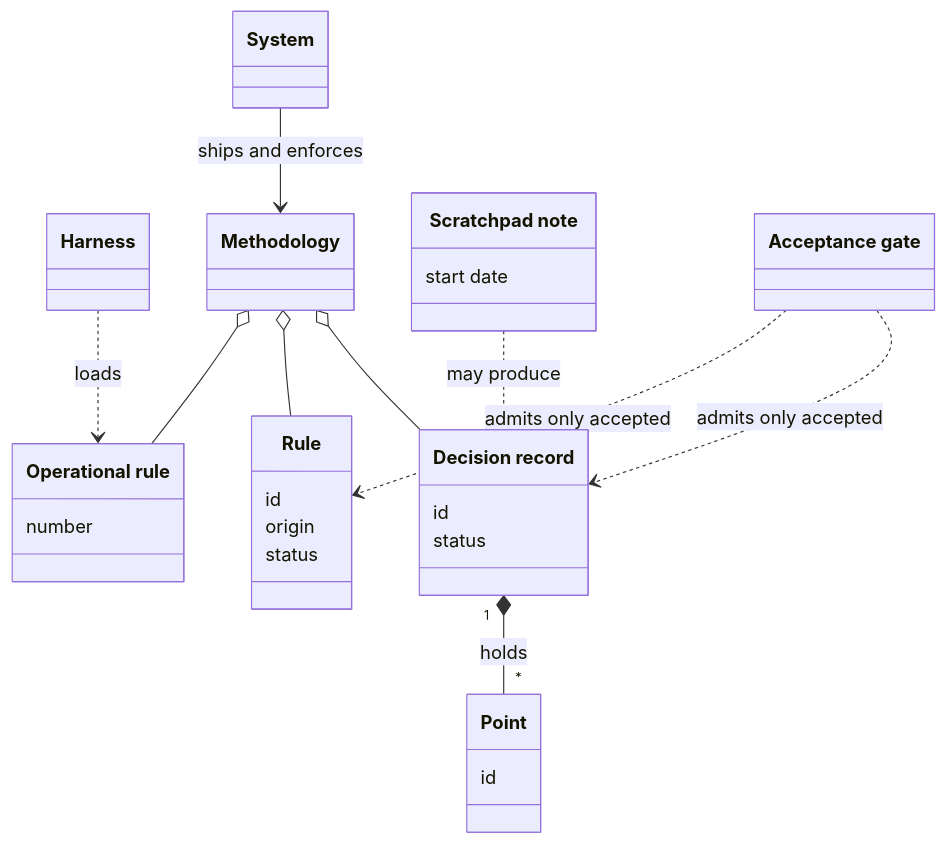
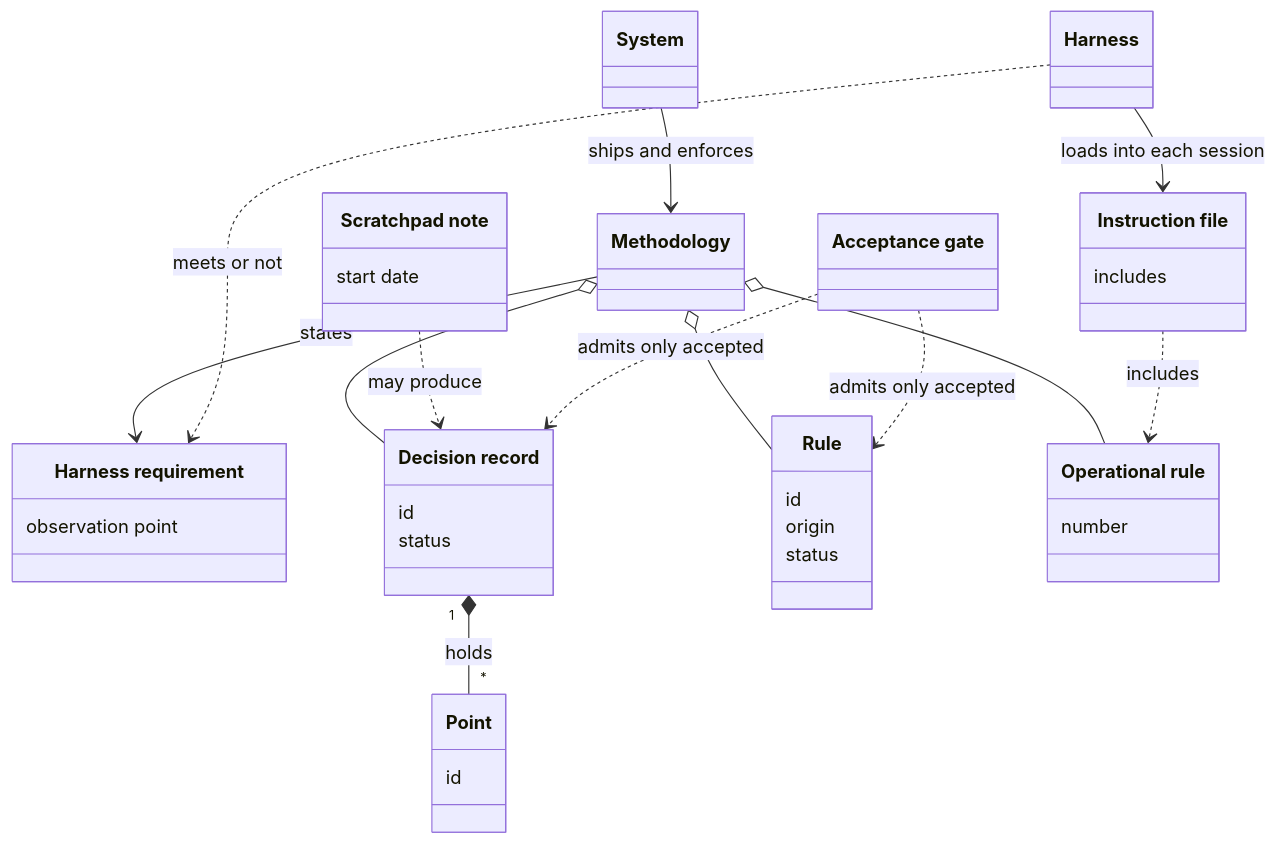
Before and after one commit to aleskalfas/project-kit: the first of 6 diagrams in tech-docs/analysis/core/domain-model/010-the-system-and-its-methodology.md, drawn with Mermaid. The commit also changed other lines of this file and 7 other files, not shown here.

````diff
--- a/tech-docs/analysis/core/domain-model/010-the-system-and-its-methodology.md
+++ b/tech-docs/analysis/core/domain-model/010-the-system-and-its-methodology.md
@@ -50,31 +56,38 @@
 ```mermaid
 classDiagram
   accTitle: The system and its methodology
-  accDescr: The system ships and enforces the methodology. The methodology is made of decision records, rules, operational rules and conventions. A decision record holds points. A scratchpad note may produce decision records. Work builds only on accepted decision records and rules, as the acceptance gate says. A harness loads the operational rules through its include.
+  accDescr: The system ships and enforces the methodology. The methodology is made of decision records, rules, operational rules and conventions, and states harness requirements. A harness meets each harness requirement or not. A decision record holds points. A scratchpad note may produce decision records. Work builds only on accepted decision records and rules, as the acceptance gate says. A harness loads an instruction file into each session, and the instruction file includes the operational rules.
   class System["System"]
   class Harness["Harness"]
+  class HarnessRequirement["Harness requirement"]
+  HarnessRequirement : observation point
+  class InstructionFile["Instruction file"]
+  InstructionFile : includes
   class Methodology["Methodology"]
   class DecisionRecord["Decision record"]
   DecisionRecord : id
   DecisionRecord : status
   class Point["Point"]
   Point : id
   class ScratchpadNote["Scratchpad note"]
   ScratchpadNote : start date
   class Rule["Rule"]
   Rule : id
   Rule : origin
   Rule : status
   class AcceptanceGate["Acceptance gate"]
   class OperationalRule["Operational rule"]
   OperationalRule : number
   System --> Methodology : ships and enforces
   Methodology o-- DecisionRecord
   Methodology o-- Rule
   Methodology o-- OperationalRule
   DecisionRecord "1" *-- "*" Point : holds
   ScratchpadNote ..> DecisionRecord : may produce
   AcceptanceGate ..> DecisionRecord : admits only accepted
   AcceptanceGate ..> Rule : admits only accepted
-  Harness ..> OperationalRule : loads
+  Methodology --> HarnessRequirement : states
+  Harness ..> HarnessRequirement : meets or not
+  Harness --> InstructionFile : loads into each session
+  InstructionFile ..> OperationalRule : includes
 ```
````
